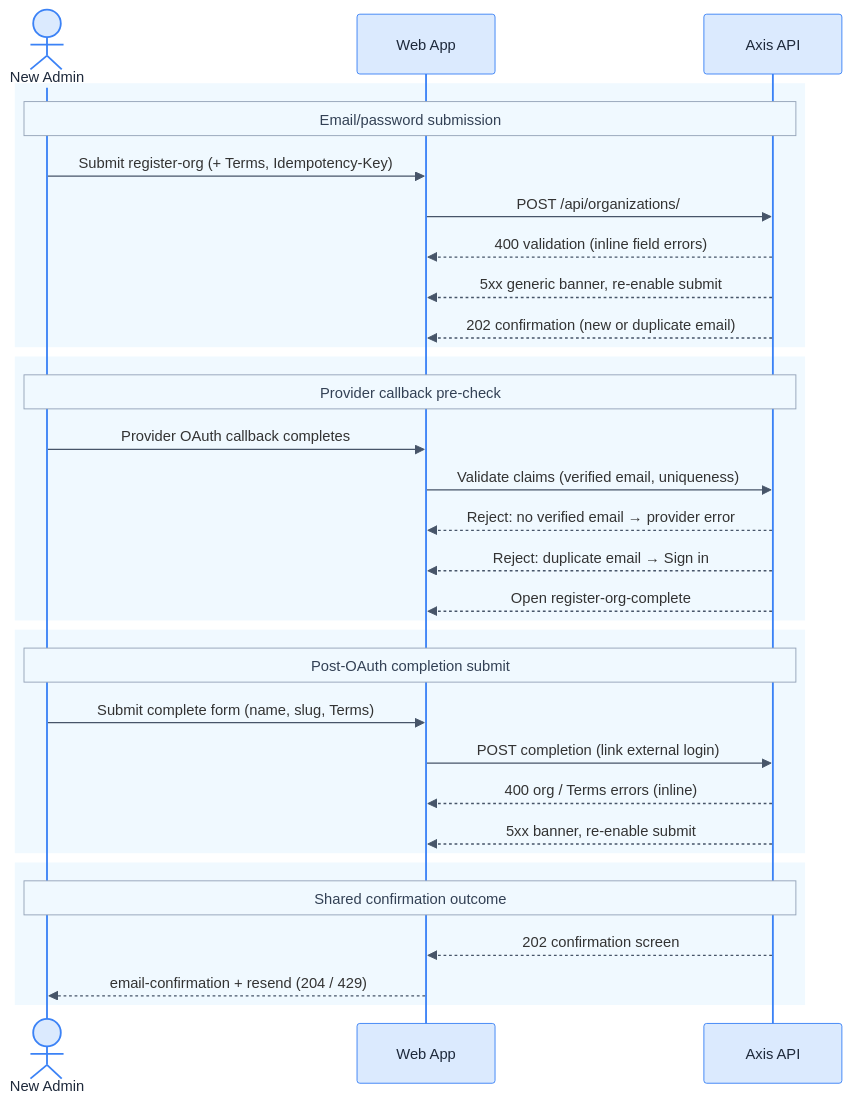
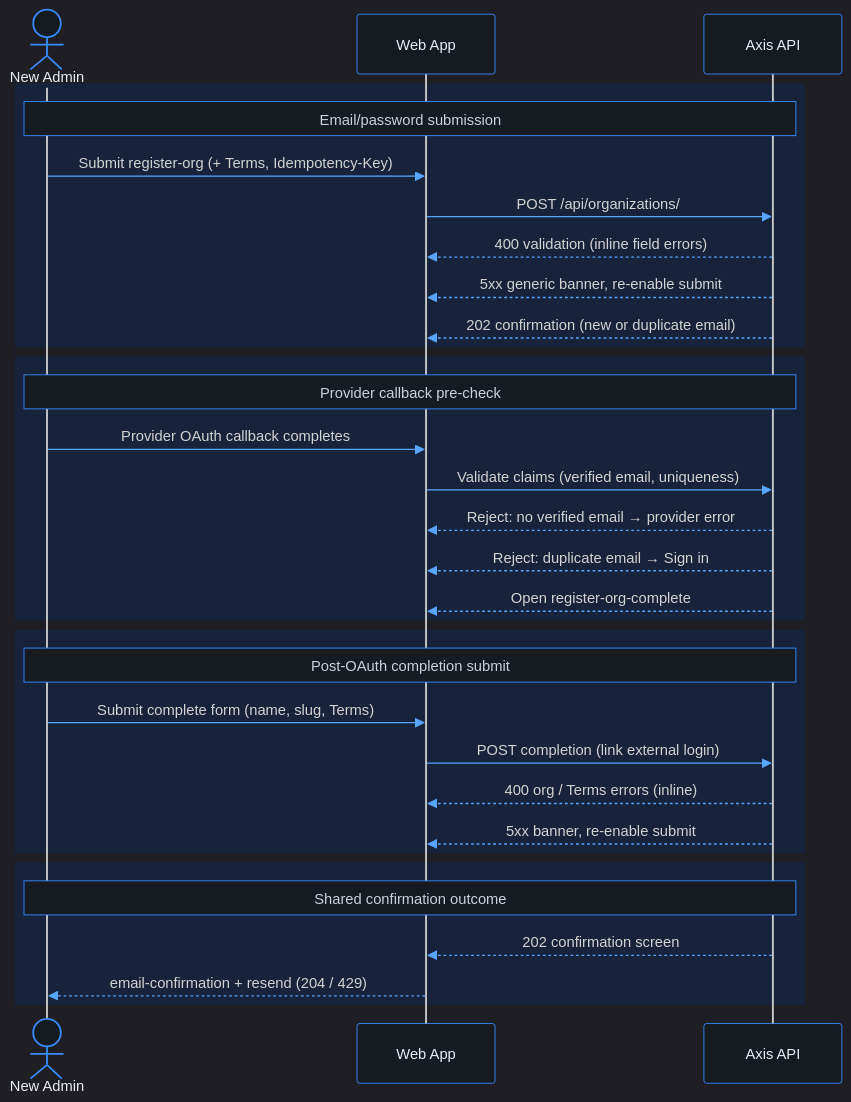
Before and after one commit to phuongnse/axis: the third of 3 diagrams in docs/use-cases/platform-foundation/register-org/README.md, drawn with Mermaid. The commit also changed other lines of this file and 14 other files, not shown here.

Commit message:
docs: standardize Mermaid dark theme across all diagrams

````diff
--- a/docs/use-cases/platform-foundation/register-org/README.md
+++ b/docs/use-cases/platform-foundation/register-org/README.md
@@ -214,39 +216,40 @@
 ```mermaid
-%%{init: {'theme':'base','themeVariables':{'background':'#f8fafc','mainBkg':'#f8fafc','actorBkg':'#dbeafe','actorBorder':'#3b82f6','actorTextColor':'#1e293b','signalColor':'#475569','labelBoxBkgColor':'#f0f9ff','labelBoxBorderColor':'#3b82f6','noteBkgColor':'#f0f9ff','noteBorderColor':'#94a3b8','noteTextColor':'#334155','activationBkgColor':'#e2e8f0','secondaryColor':'#f0f9ff','lineColor':'#475569'}}}%%
+%%{init: {'theme':'dark','themeVariables':{'background':'#0d1117','mainBkg':'#0d1117','primaryColor':'#161b22','primaryBorderColor':'#388bfd','primaryTextColor':'#e6edf3','secondaryColor':'#21262d','secondaryBorderColor':'#388bfd','secondaryTextColor':'#e6edf3','tertiaryColor':'#161b22','tertiaryTextColor':'#e6edf3','lineColor':'#58a6ff','textColor':'#e6edf3','nodeBorder':'#388bfd','clusterBkg':'#161b22','clusterBorder':'#388bfd','titleColor':'#e6edf3','edgeLabelBackground':'#161b22','actorBkg':'#161b22','actorBorder':'#388bfd','actorTextColor':'#e6edf3','signalColor':'#58a6ff','labelBoxBkgColor':'#161b22','labelBoxBorderColor':'#388bfd','noteBkgColor':'#161b22','noteBorderColor':'#388bfd','noteTextColor':'#c9d1d9','activationBkgColor':'#30363d'}}}%%
+
 sequenceDiagram
   actor Admin as New Admin
   participant Web as Web App
   participant API as Axis API
 
-  rect rgb(240, 249, 255)
+  rect rgb(22, 35, 58)
     Note over Admin,API: Email/password submission
     Admin->>Web: Submit register-org (+ Terms, Idempotency-Key)
     Web->>API: POST /api/organizations/
     API-->>Web: 400 validation (inline field errors)
     API-->>Web: 5xx generic banner, re-enable submit
     API-->>Web: 202 confirmation (new or duplicate email)
   end
 
-  rect rgb(240, 249, 255)
+  rect rgb(22, 35, 58)
     Note over Admin,API: Provider callback pre-check
     Admin->>Web: Provider OAuth callback completes
     Web->>API: Validate claims (verified email, uniqueness)
     API-->>Web: Reject: no verified email → provider error
     API-->>Web: Reject: duplicate email → Sign in
     API-->>Web: Open register-org-complete
   end
 
-  rect rgb(240, 249, 255)
+  rect rgb(22, 35, 58)
     Note over Admin,API: Post-OAuth completion submit
     Admin->>Web: Submit complete form (name, slug, Terms)
     Web->>API: POST completion (link external login)
     API-->>Web: 400 org / Terms errors (inline)
     API-->>Web: 5xx banner, re-enable submit
   end
 
-  rect rgb(240, 249, 255)
+  rect rgb(22, 35, 58)
     Note over Admin,API: Shared confirmation outcome
     API-->>Web: 202 confirmation screen
     Web-->>Admin: email-confirmation + resend (204 / 429)
   end
 ```
````
